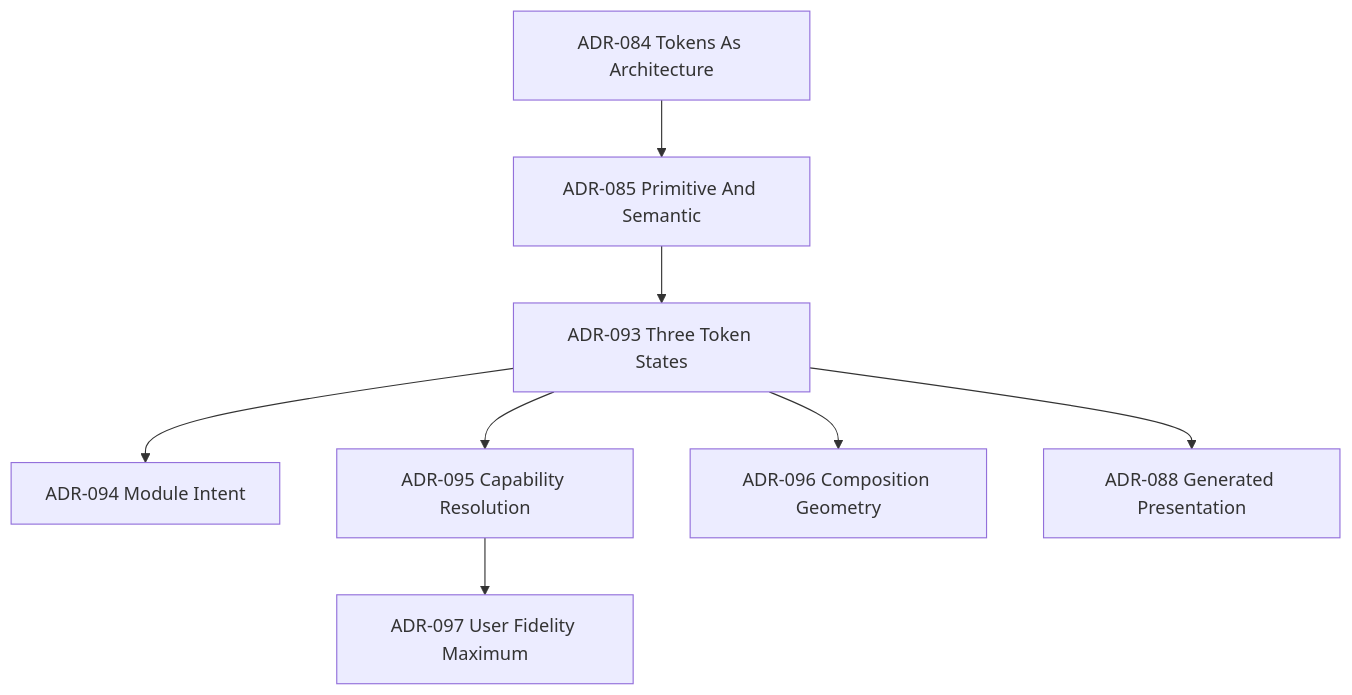
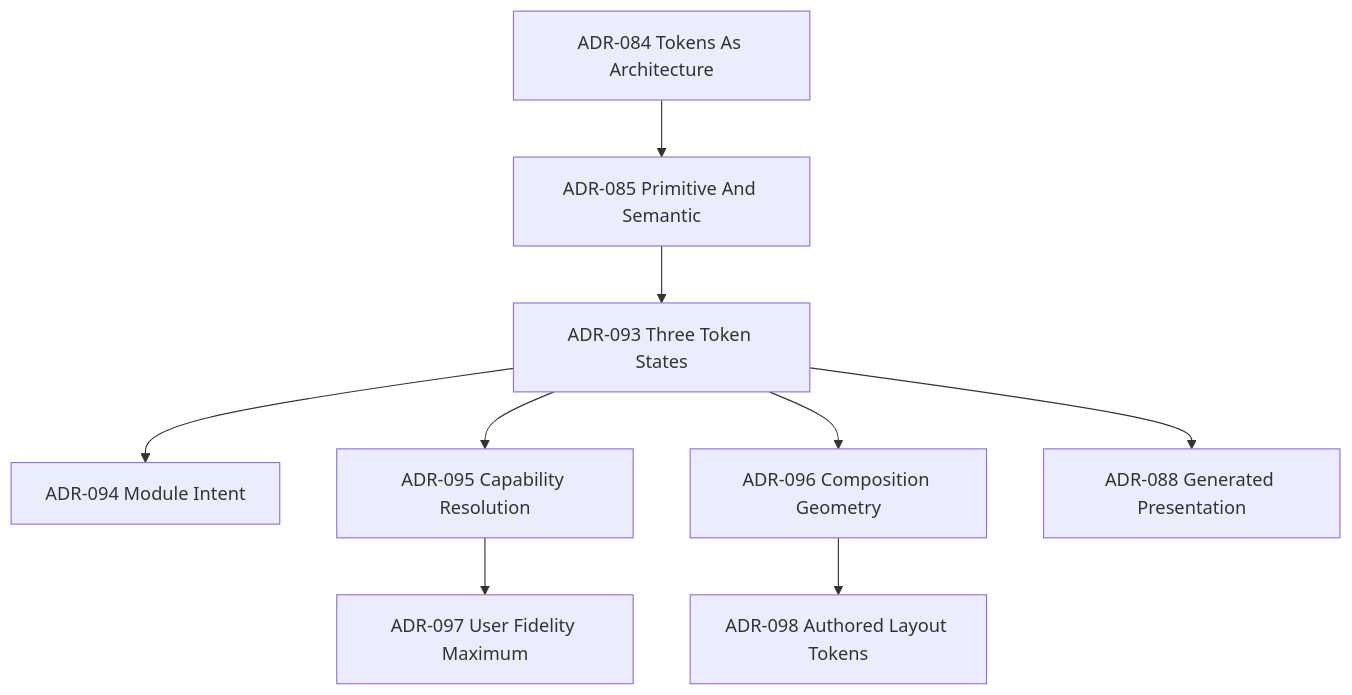
Before and after one commit to mosaic-media/architecture: the diagram in docs/design/system/mds-001-design-token-architecture/12-adrs.md, drawn with Mermaid. The commit also changed other lines of this file and 7 other files, not shown here.

Commit message:
docs(mds-001): define public authored-layout tokens

````diff
--- a/docs/design/system/mds-001-design-token-architecture/12-adrs.md
+++ b/docs/design/system/mds-001-design-token-architecture/12-adrs.md
@@ -267,20 +299,22 @@
 ```mermaid
 flowchart TD
 
 A84["ADR-084 Tokens As Architecture"]
 A85["ADR-085 Primitive And Semantic"]
 A93["ADR-093 Three Token States"]
 A94["ADR-094 Module Intent"]
 A95["ADR-095 Capability Resolution"]
 A96["ADR-096 Composition Geometry"]
 A97["ADR-097 User Fidelity Maximum"]
+A98["ADR-098 Authored Layout Tokens"]
 A88["ADR-088 Generated Presentation"]
 
 A84 --> A85
 A85 --> A93
 A93 --> A94
 A93 --> A95
 A93 --> A96
+A96 --> A98
 A95 --> A97
 A93 --> A88
 ```
````
